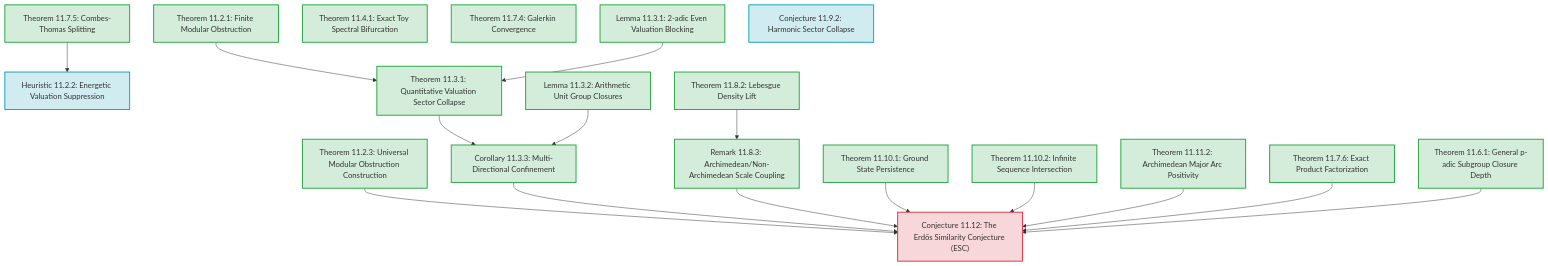
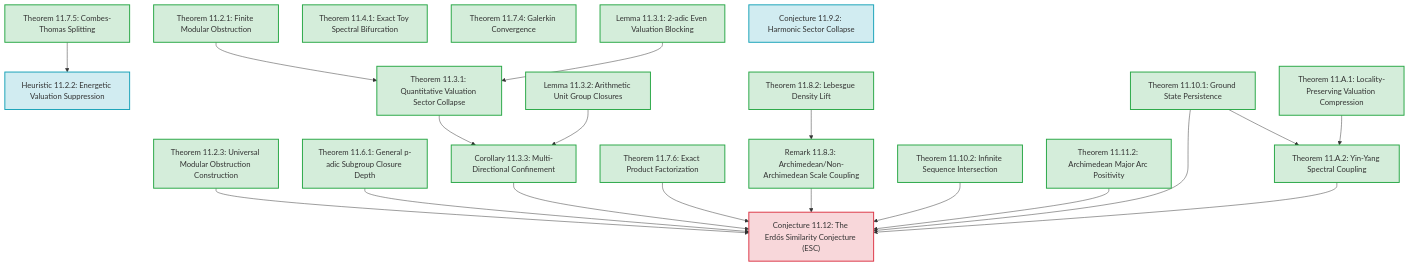
One commit to sneed-and-feed/adelic-spectral-zeta changed the diagram in docs/monograph/11_erdos_similarity_adelic.md. Above: the diagram before and after it, drawn with Mermaid. The commit also changed other lines of this file, not shown here.

Commit message:
Add Appendix 11.A on Valuation Compression and Yin-Yang Coupling

````diff
--- a/docs/monograph/11_erdos_similarity_adelic.md
+++ b/docs/monograph/11_erdos_similarity_adelic.md
@@ -45,42 +47,47 @@
 ```mermaid
 graph TD
     classDef proved fill:#d4edda,stroke:#28a745,stroke-width:2px;
     classDef conditional fill:#fff3cd,stroke:#ffc107,stroke-width:2px;
     classDef numerical fill:#d1ecf1,stroke:#17a2b8,stroke-width:2px;
     classDef conjectural fill:#f8d7da,stroke:#dc3545,stroke-width:2px;
 
     T1121["Theorem 11.2.1: Finite Modular Obstruction"]:::proved
     H1122["Heuristic 11.2.2: Energetic Valuation Suppression"]:::numerical
     T1123["Theorem 11.2.3: Universal Modular Obstruction Construction"]:::proved
     L1131["Lemma 11.3.1: 2-adic Even Valuation Blocking"]:::proved
     T1131["Theorem 11.3.1: Quantitative Valuation Sector Collapse"]:::proved
     L1132["Lemma 11.3.2: Arithmetic Unit Group Closures"]:::proved
     T1161["Theorem 11.6.1: General p-adic Subgroup Closure Depth"]:::proved
     C1133["Corollary 11.3.3: Multi-Directional Confinement"]:::proved
     T1141["Theorem 11.4.1: Exact Toy Spectral Bifurcation"]:::proved
     T1174["Theorem 11.7.4: Galerkin Convergence"]:::proved
     T1175["Theorem 11.7.5: Combes-Thomas Splitting"]:::proved
     T1176["Theorem 11.7.6: Exact Product Factorization"]:::proved
     T1182["Theorem 11.8.2: Lebesgue Density Lift"]:::proved
     R1183["Remark 11.8.3: Archimedean/Non-Archimedean Scale Coupling"]:::proved
     H1192["Conjecture 11.9.2: Harmonic Sector Collapse"]:::numerical
     T11101["Theorem 11.10.1: Ground State Persistence"]:::proved
     T11102["Theorem 11.10.2: Infinite Sequence Intersection"]:::proved
     T11112["Theorem 11.11.2: Archimedean Major Arc Positivity"]:::proved
+    T11A1["Theorem 11.A.1: Locality-Preserving Valuation Compression"]:::proved
+    T11A2["Theorem 11.A.2: Yin-Yang Spectral Coupling"]:::proved
     ESC["Conjecture 11.12: The Erdős Similarity Conjecture (ESC)"]:::conjectural
 
     T1121 --> T1131
     L1131 --> T1131
     T1131 --> C1133
     L1132 --> C1133
     T1175 --> H1122
     T1182 --> R1183
     T1123 --> ESC
     C1133 --> ESC
     R1183 --> ESC
     T11101 --> ESC
     T11102 --> ESC
     T11112 --> ESC
     T1176 --> ESC
     T1161 --> ESC
+    T11A1 --> T11A2
+    T11101 --> T11A2
+    T11A2 --> ESC
 ```
````
